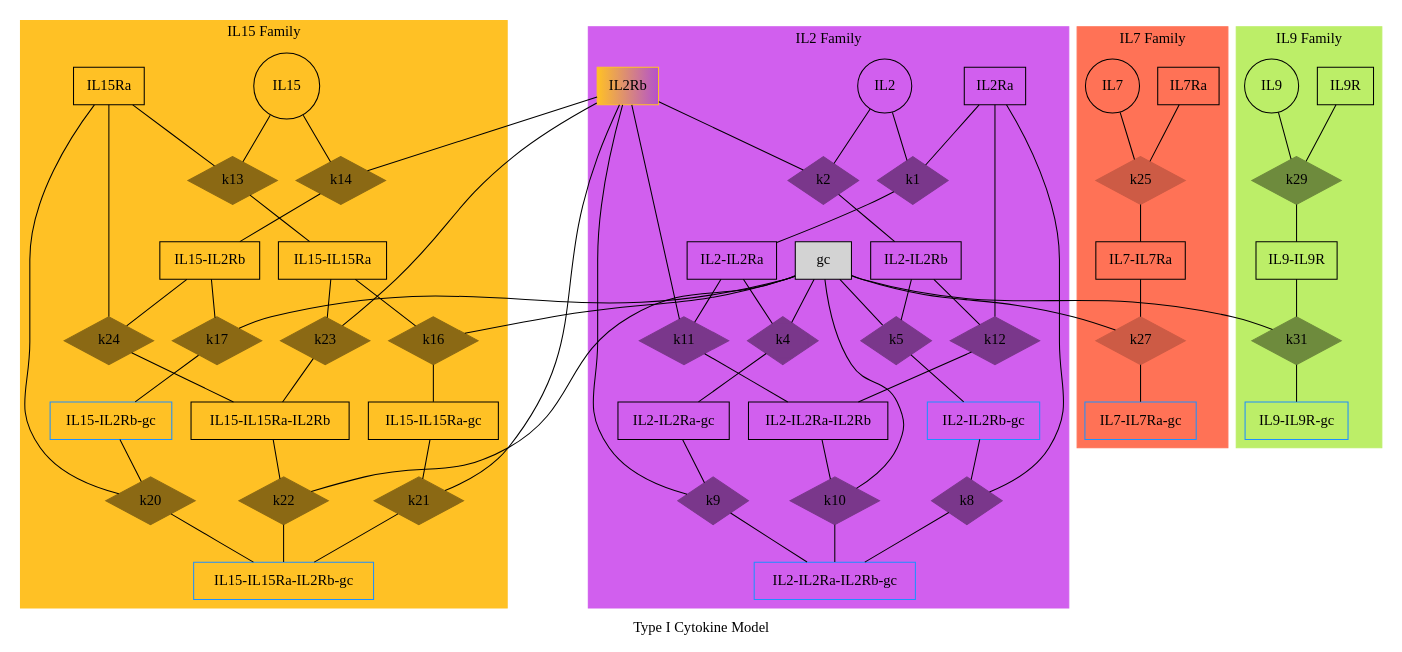
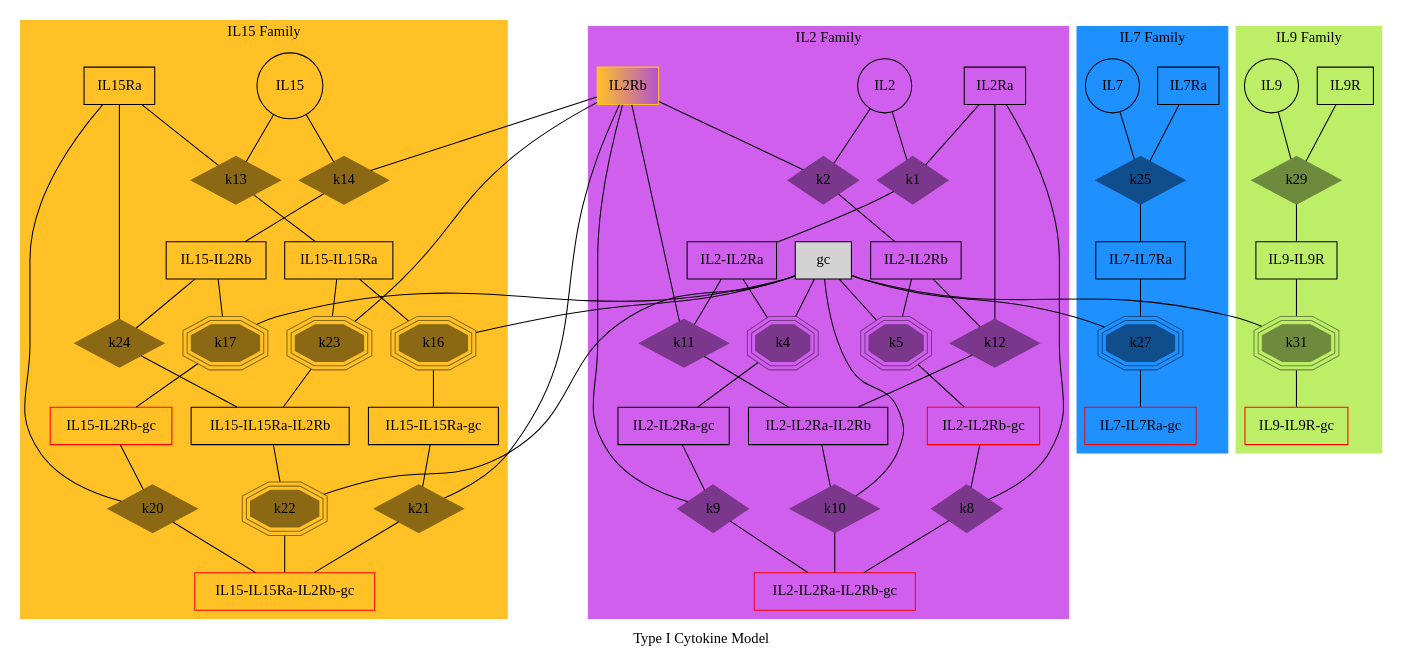
The diagram in ckine/data/graph_all.gv (meyer-lab/gc-valent), drawn with Graphviz before and after one commit. The commit also changed 1 other file, not shown here.

Commit message:
changed shape of unknown reverse reaction rates

```diff
--- a/ckine/data/graph_all.gv
+++ b/ckine/data/graph_all.gv
@@ -1,181 +1,181 @@
 ##"A few people in the field of genetics are using dot to draw "marriage node diagram"  pedigree drawings.  Here is one I have done of a test pedigree from the FTREE pedigree drawing package (Lion Share was a racehorse)." Contributed by David Duffy.
 
 ## Command to get the layout: "dot -Tpng thisfile > thisfile.png"
 ## documentation can be found at https://graphviz.gitlab.io/documentation/
 
 digraph Ped_Lion_Share           {
 # page = "8.2677165,11.692913";
 ratio = "auto";
 mincross = 2.0;
 label = "Type I Cytokine Model";
 
 "IL2"   [shape=circle ];
 "IL2Ra" [shape=box   ];
 "IL2Rb" [shape=box, style=filled, color="goldenrod1:mediumorchid3"    ];
 "gc"    [shape=box, style=filled, BGCOLOR="white"  ];
 "IL2-IL2Ra" [shape=box];
 "IL2-IL2Rb" [shape=box];
 "IL2-IL2Ra" [shape=box];
 "IL2-IL2Ra" [shape=box];
 "IL2-IL2Ra-IL2Rb" [shape=box ];
 "IL2-IL2Ra-gc" [shape=box ];
-"IL2-IL2Rb-gc" [shape=box, color=dodgerblue ];
-"IL2-IL2Ra-IL2Rb-gc" [shape=box, color=dodgerblue ];
+"IL2-IL2Rb-gc" [shape=box, color=red ];
+"IL2-IL2Ra-IL2Rb-gc" [shape=box, color=red ];
 
 "IL15"  [shape=circle];
 "IL15Ra"    [shape=box];
 "IL15-IL15Ra"   [shape=box];
 "IL15-IL2Rb"    [shape=box];
 "IL15-IL15Ra-IL2Rb" [shape=box];
 "IL15-IL15Ra-gc"    [shape=box];
-"IL15-IL2Rb-gc" [shape=box, color=dodgerblue];
-"IL15-IL15Ra-IL2Rb-gc"  [shape=box, color=dodgerblue];
+"IL15-IL2Rb-gc" [shape=box, color=red];
+"IL15-IL15Ra-IL2Rb-gc"  [shape=box, color=red];
 
 "IL7"   [shape=circle];
 "IL7Ra" [shape=box];
 "IL7-IL7Ra" [shape=box];
-"IL7-IL7Ra-gc"  [shape=box, color=dodgerblue];
+"IL7-IL7Ra-gc"  [shape=box, color=red];
 
 "IL9"   [shape=circle];
 "IL9R" [shape=box    ];
 "IL9-IL9R" [shape=box];
-"IL9-IL9R-gc" [shape=box, color=dodgerblue ];
+"IL9-IL9R-gc" [shape=box, color=red ];
 
 subgraph cluster_IL2 {
     style=filled;
 	color=mediumorchid2;
 	node [style=filled,color=mediumorchid4];
     label= "IL2 Family"
 
     "k1" [shape=diamond,style=filled,height=.1,width=.1];
     "IL2" -> "k1" [dir=none,weight=1];
     "IL2Ra" -> "k1" [dir=none,weight=1];
     "k1" -> "IL2-IL2Ra" [dir=none, weight=2];
 
     "k2" [shape=diamond,style=filled,height=.1,width=.1];
     "IL2" -> "k2" [dir=none,weight=1];
     "IL2Rb" -> "k2" [dir=none,weight=1];
     "k2" -> "IL2-IL2Rb" [dir=none, weight=2];
 
-    "k4" [shape="Mdiamond",style=filled,height=.1,width=.1];
+    "k4" [shape=tripleoctagon,style=filled,height=.1,width=.1];
     "IL2-IL2Ra" -> "k4" [dir=none,weight=1];
     "gc" -> "k4" [dir=none,weight=1];
     "k4" -> "IL2-IL2Ra-gc" [dir=none, weight=2];
 
-    "k5" [shape=diamond,style=filled,height=.1,width=.1];
+    "k5" [shape=tripleoctagon,style=filled,height=.1,width=.1];
     "IL2-IL2Rb" -> "k5" [dir=none,weight=1];
     "gc" -> "k5" [dir=none,weight=1];
     "k5" -> "IL2-IL2Rb-gc" [dir=none, weight=2];
 
     "k8" [shape=diamond,style=filled,height=.1,width=.1];
     "IL2-IL2Rb-gc" -> "k8" [dir=none,weight=1];
     "IL2Ra" -> "k8" [dir=none,weight=1];
     "k8" -> "IL2-IL2Ra-IL2Rb-gc" [dir=none, weight=2];
 
     "k9" [shape=diamond,style=filled,height=.1,width=.1];
     "IL2-IL2Ra-gc" -> "k9" [dir=none,weight=1];
     "IL2Rb" -> "k9" [dir=none,weight=1];
     "k9" -> "IL2-IL2Ra-IL2Rb-gc" [dir=none, weight=2];
 
     "k10" [shape=diamond,style=filled,height=.1,width=.1];
     "IL2-IL2Ra-IL2Rb" -> "k10" [dir=none,weight=1];
     "gc" -> "k10" [dir=none,weight=1];
     "k10" -> "IL2-IL2Ra-IL2Rb-gc" [dir=none, weight=2];
 
     "k11" [shape=diamond,style=filled,height=.1,width=.1];
     "IL2-IL2Ra" -> "k11" [dir=none,weight=1];
     "IL2Rb" -> "k11" [dir=none,weight=1];
     "k11" -> "IL2-IL2Ra-IL2Rb" [dir=none, weight=2];
 
     "k12" [shape=diamond,style=filled,height=.1,width=.1];
     "IL2-IL2Rb" -> "k12" [dir=none,weight=1];
     "IL2Ra" -> "k12" [dir=none,weight=1];
     "k12" -> "IL2-IL2Ra-IL2Rb" [dir=none, weight=2];
 }
 
 subgraph cluster_IL15 {
     style=filled;
 	color=goldenrod1;
 	node [style=filled,color=goldenrod4];
     label= "IL15 Family"
 
     "k13" [shape=diamond,style=filled,height=.1,width=.1];
     "IL15" -> "k13" [dir=none,weight=1];
     "IL15Ra" -> "k13" [dir=none,weight=1];
     "k13" -> "IL15-IL15Ra" [dir=none, weight=2];
 
     "k14" [shape=diamond,style=filled,height=.1,width=.1];
     "IL15" -> "k14" [dir=none,weight=1];
     "IL2Rb" -> "k14" [dir=none,weight=1];
     "k14" -> "IL15-IL2Rb" [dir=none, weight=2];
 
-    "k16" [shape=diamond,style=filled,height=.1,width=.1];
+    "k16" [shape=tripleoctagon,style=filled,height=.1,width=.1];
     "IL15-IL15Ra" -> "k16" [dir=none,weight=1];
     "gc" -> "k16" [dir=none,weight=1];
     "k16" -> "IL15-IL15Ra-gc" [dir=none, weight=2];
 
-    "k17" [shape=diamond,style=filled,height=.1,width=.1];
+    "k17" [shape=tripleoctagon,style=filled,height=.1,width=.1];
     "IL15-IL2Rb" -> "k17" [dir=none,weight=1];
     "gc" -> "k17" [dir=none,weight=1];
     "k17" -> "IL15-IL2Rb-gc" [dir=none, weight=2];
 
     "k20" [shape=diamond,style=filled,height=.1,width=.1];
     "IL15-IL2Rb-gc" -> "k20" [dir=none,weight=1];
     "IL15Ra" -> "k20" [dir=none,weight=1];
     "k20" -> "IL15-IL15Ra-IL2Rb-gc" [dir=none, weight=2];
 
     "k21" [shape=diamond,style=filled,height=.1,width=.1];
     "IL15-IL15Ra-gc" -> "k21" [dir=none,weight=1];
     "IL2Rb" -> "k21" [dir=none,weight=1];
     "k21" -> "IL15-IL15Ra-IL2Rb-gc" [dir=none, weight=2];
 
-    "k22" [shape=diamond,style=filled,height=.1,width=.1];
+    "k22" [shape=tripleoctagon,style=filled,height=.1,width=.1];
     "IL15-IL15Ra-IL2Rb" -> "k22" [dir=none,weight=1];
     "gc" -> "k22" [dir=none,weight=1];
     "k22" -> "IL15-IL15Ra-IL2Rb-gc" [dir=none, weight=2];
 
-    "k23" [shape=diamond,style=filled,height=.1,width=.1];
+    "k23" [shape=tripleoctagon,style=filled,height=.1,width=.1];
     "IL15-IL15Ra" -> "k23" [dir=none,weight=1];
     "IL2Rb" -> "k23" [dir=none,weight=1];
     "k23" -> "IL15-IL15Ra-IL2Rb" [dir=none, weight=2];
 
     "k24" [shape=diamond,style=filled,height=.1,width=.1];
     "IL15-IL2Rb" -> "k24" [dir=none,weight=1];
     "IL15Ra" -> "k24" [dir=none,weight=1];
     "k24" -> "IL15-IL15Ra-IL2Rb" [dir=none, weight=2];
     }
 
 subgraph cluster_IL7 {
     style=filled;
-	color=coral1;
-	node [style=filled,color=coral3];
+	color=dodgerblue;
+	node [style=filled,color=dodgerblue4];
     label= "IL7 Family"
     
     "k25" [shape=diamond,style=filled,height=.1,width=.1];
     "IL7" -> "k25" [dir=none,weight=1];
     "IL7Ra" -> "k25" [dir=none,weight=1];
     "k25" -> "IL7-IL7Ra" [dir=none, weight=2];
 
-    "k27" [shape=diamond,style=filled,height=.1,width=.1];
+    "k27" [shape=tripleoctagon,style=filled,height=.1,width=.1];
     "IL7-IL7Ra" -> "k27" [dir=none,weight=1];
     "gc" -> "k27" [dir=none,weight=1];
     "k27" -> "IL7-IL7Ra-gc" [dir=none, weight=2];
 }
 
 subgraph cluster_IL9 {
     style=filled;
 	color=darkolivegreen2;
 	node [style=filled,color=darkolivegreen4];
     label= "IL9 Family"
     
     "k29" [shape=diamond,style=filled,height=.1,width=.1];
     "IL9" -> "k29" [dir=none,weight=1];
     "IL9R" -> "k29" [dir=none,weight=1];
     "k29" -> "IL9-IL9R" [dir=none, weight=2];
 
-    "k31" [shape=diamond,style=filled,height=.1,width=.1];
+    "k31" [shape=tripleoctagon,style=filled,height=.1,width=.1];
     "IL9-IL9R" -> "k31" [dir=none,weight=1];
     "gc" -> "k31" [dir=none,weight=1];
     "k31" -> "IL9-IL9R-gc" [dir=none, weight=2];
 }
 }
```
